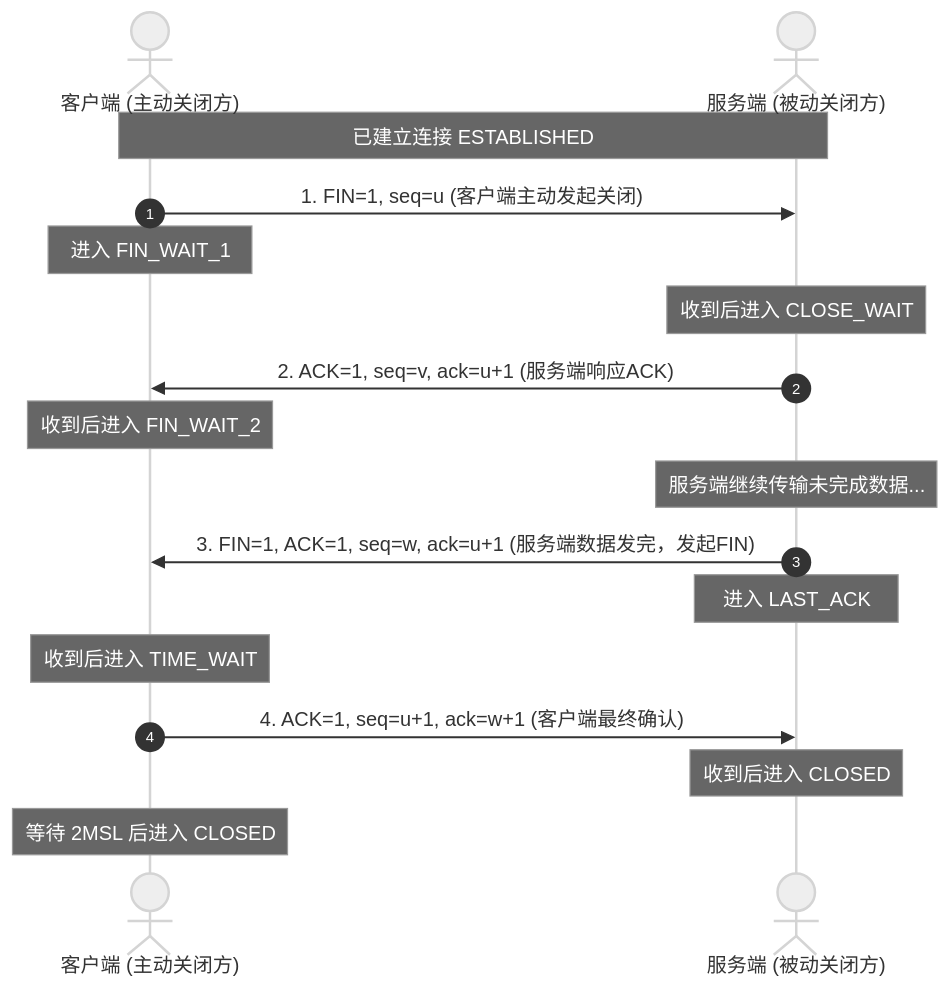
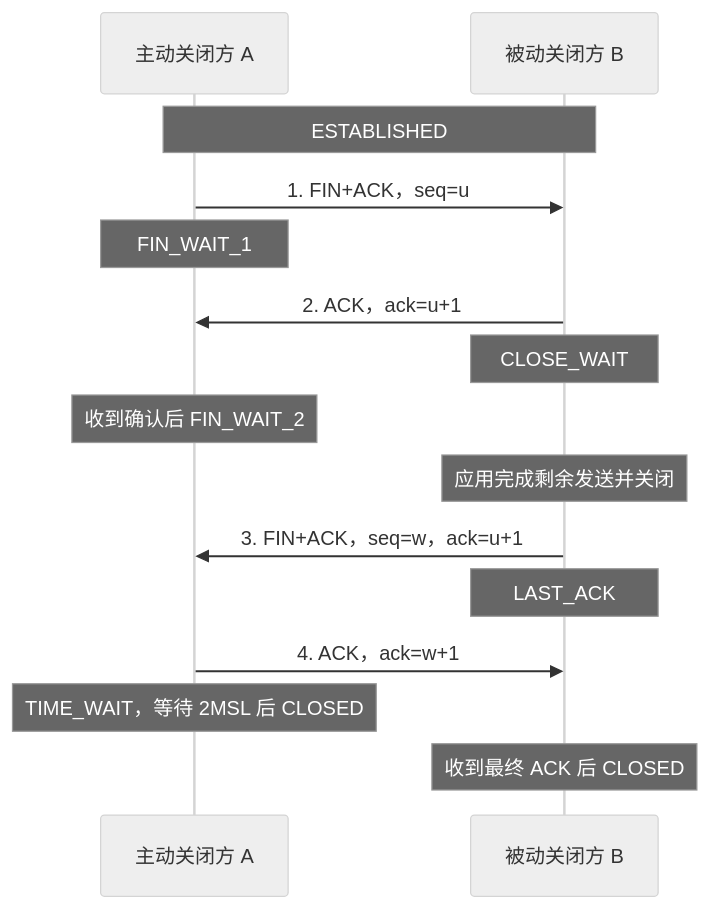
The second of 2 diagrams in 面经/面.md (wanhkjd/javaNowledge), drawn with Mermaid (neutral theme) before and after one commit. The commit also changed other lines of this file and 1 other file, not shown here.

````diff
--- a/面经/面.md
+++ b/面经/面.md
@@ -348,19 +447,17 @@
 ```mermaid
 sequenceDiagram
-    autonumber
-    actor C as 客户端 (主动关闭方)
-    actor S as 服务端 (被动关闭方)
-    Note over C,S: 已建立连接 ESTABLISHED
-    C->>S: 1. FIN=1, seq=u (客户端主动发起关闭)
-    Note over C: 进入 FIN_WAIT_1
-    Note over S: 收到后进入 CLOSE_WAIT
-    S->>C: 2. ACK=1, seq=v, ack=u+1 (服务端响应ACK)
-    Note over C: 收到后进入 FIN_WAIT_2
-    Note over S: 服务端继续传输未完成数据...
-    S->>C: 3. FIN=1, ACK=1, seq=w, ack=u+1 (服务端数据发完，发起FIN)
-    Note over S: 进入 LAST_ACK
-    Note over C: 收到后进入 TIME_WAIT
-    C->>S: 4. ACK=1, seq=u+1, ack=w+1 (客户端最终确认)
-    Note over S: 收到后进入 CLOSED
-    Note over C: 等待 2MSL 后进入 CLOSED
+    participant A as 主动关闭方 A
+    participant B as 被动关闭方 B
+    Note over A,B: ESTABLISHED
+    A->>B: 1. FIN+ACK，seq=u
+    Note over A: FIN_WAIT_1
+    B->>A: 2. ACK，ack=u+1
+    Note over B: CLOSE_WAIT
+    Note over A: 收到确认后 FIN_WAIT_2
+    Note over B: 应用完成剩余发送并关闭
+    B->>A: 3. FIN+ACK，seq=w，ack=u+1
+    Note over B: LAST_ACK
+    A->>B: 4. ACK，ack=w+1
+    Note over A: TIME_WAIT，等待 2MSL 后 CLOSED
+    Note over B: 收到最终 ACK 后 CLOSED
 ```
````
